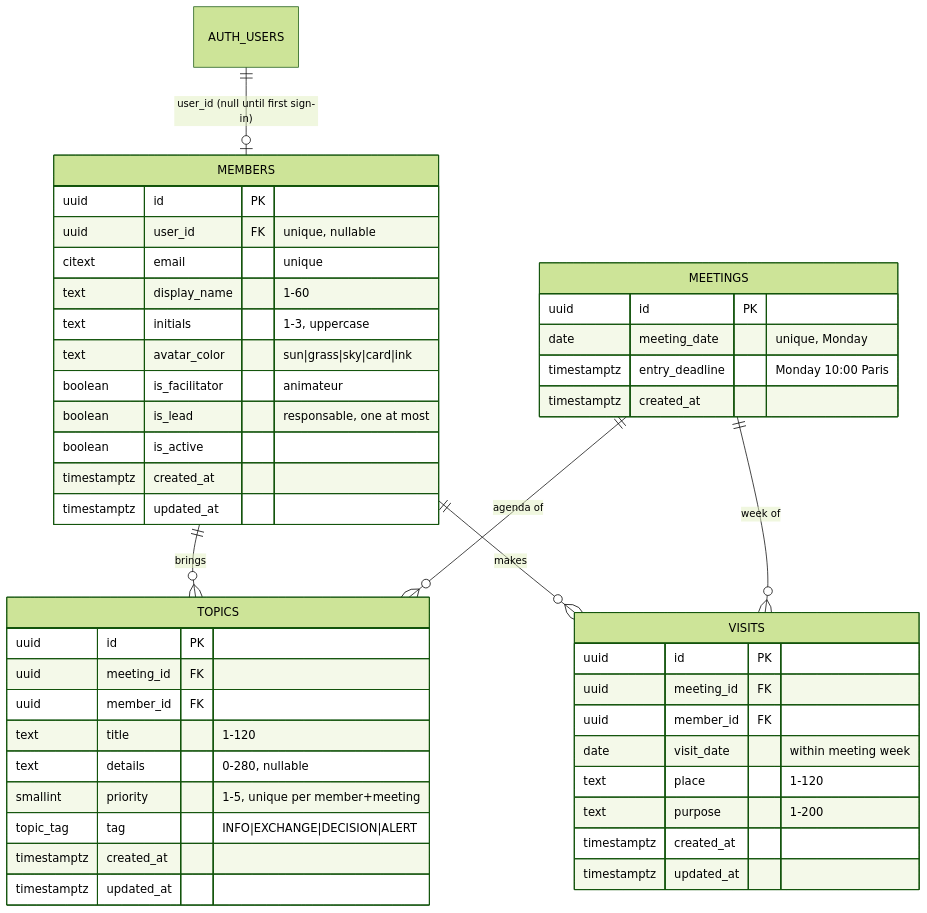
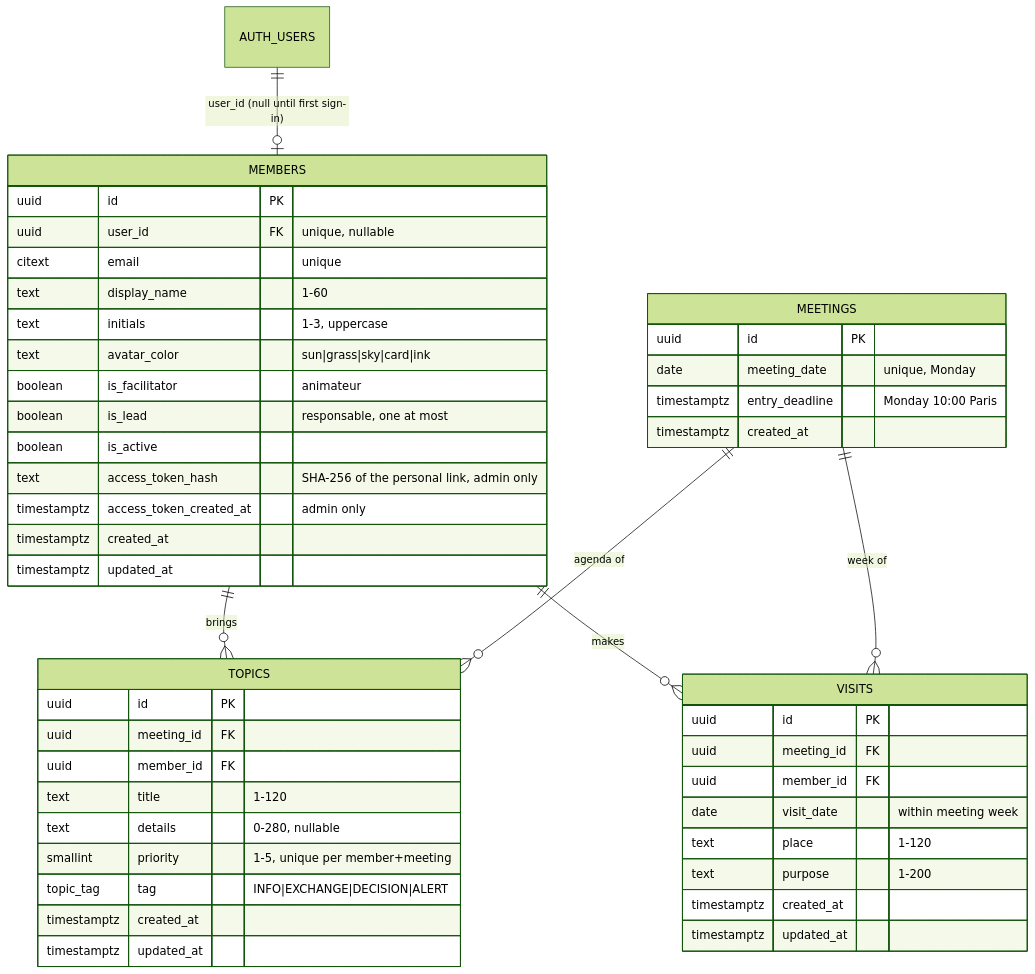
One commit to leandreparis-debug/Good-Morning-Property changed the diagram in docs/data-model.md. Above: the diagram before and after it, drawn with Mermaid (forest theme). The commit also changed other lines of this file and 61 other files, not shown here.

First line of the commit message:
feat(db): add personal link token columns and set_lead function

````diff
--- a/docs/data-model.md
+++ b/docs/data-model.md
@@ -10,49 +10,51 @@
 ```mermaid
 erDiagram
   AUTH_USERS ||--o| MEMBERS : "user_id (null until first sign-in)"
   MEMBERS ||--o{ TOPICS : brings
   MEMBERS ||--o{ VISITS : makes
   MEETINGS ||--o{ TOPICS : "agenda of"
   MEETINGS ||--o{ VISITS : "week of"
 
   MEMBERS {
     uuid id PK
     uuid user_id FK "unique, nullable"
     citext email "unique"
     text display_name "1-60"
     text initials "1-3, uppercase"
     text avatar_color "sun|grass|sky|card|ink"
     boolean is_facilitator "animateur"
     boolean is_lead "responsable, one at most"
     boolean is_active
+    text access_token_hash "SHA-256 of the personal link, admin only"
+    timestamptz access_token_created_at "admin only"
     timestamptz created_at
     timestamptz updated_at
   }
   MEETINGS {
     uuid id PK
     date meeting_date "unique, Monday"
     timestamptz entry_deadline "Monday 10:00 Paris"
     timestamptz created_at
   }
   TOPICS {
     uuid id PK
     uuid meeting_id FK
     uuid member_id FK
     text title "1-120"
     text details "0-280, nullable"
     smallint priority "1-5, unique per member+meeting"
     topic_tag tag "INFO|EXCHANGE|DECISION|ALERT"
     timestamptz created_at
     timestamptz updated_at
   }
   VISITS {
     uuid id PK
     uuid meeting_id FK
     uuid member_id FK
     date visit_date "within meeting week"
     text place "1-120"
     text purpose "1-200"
     timestamptz created_at
     timestamptz updated_at
   }
 ```
````
